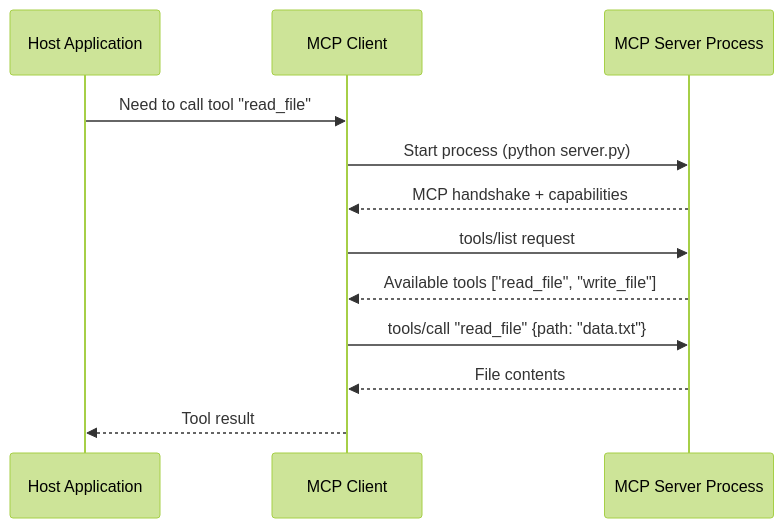
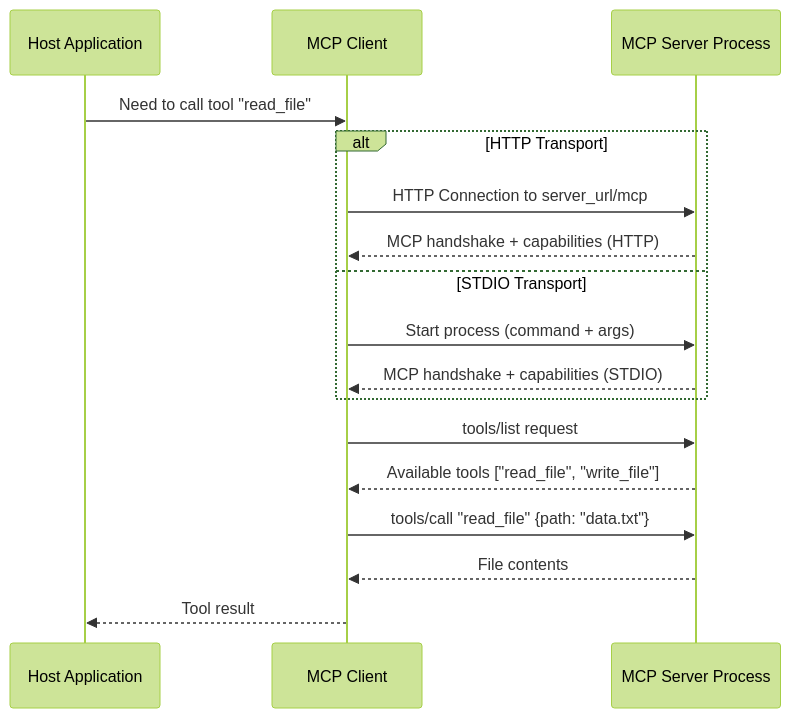
One commit to adamsiemaszkiewicz/ubs-mcp-poc changed the third of 4 diagrams in README.md. Above: the diagram before and after it, drawn with Mermaid (forest theme). The commit also changed other lines of this file, not shown here.

````diff
--- a/README.md
+++ b/README.md
@@ -268,15 +334,22 @@
 ```mermaid
 sequenceDiagram
     participant Host as Host Application
     participant Client as MCP Client
     participant Server as MCP Server Process
     
     Host->>Client: Need to call tool "read_file"
-    Client->>Server: Start process (python server.py)
-    Server-->>Client: MCP handshake + capabilities
+    
+    alt HTTP Transport
+        Client->>Server: HTTP Connection to server_url/mcp
+        Server-->>Client: MCP handshake + capabilities (HTTP)
+    else STDIO Transport  
+        Client->>Server: Start process (command + args)
+        Server-->>Client: MCP handshake + capabilities (STDIO)
+    end
+    
     Client->>Server: tools/list request
     Server-->>Client: Available tools ["read_file", "write_file"]
     Client->>Server: tools/call "read_file" {path: "data.txt"}
     Server-->>Client: File contents
     Client-->>Host: Tool result
 ```
````
